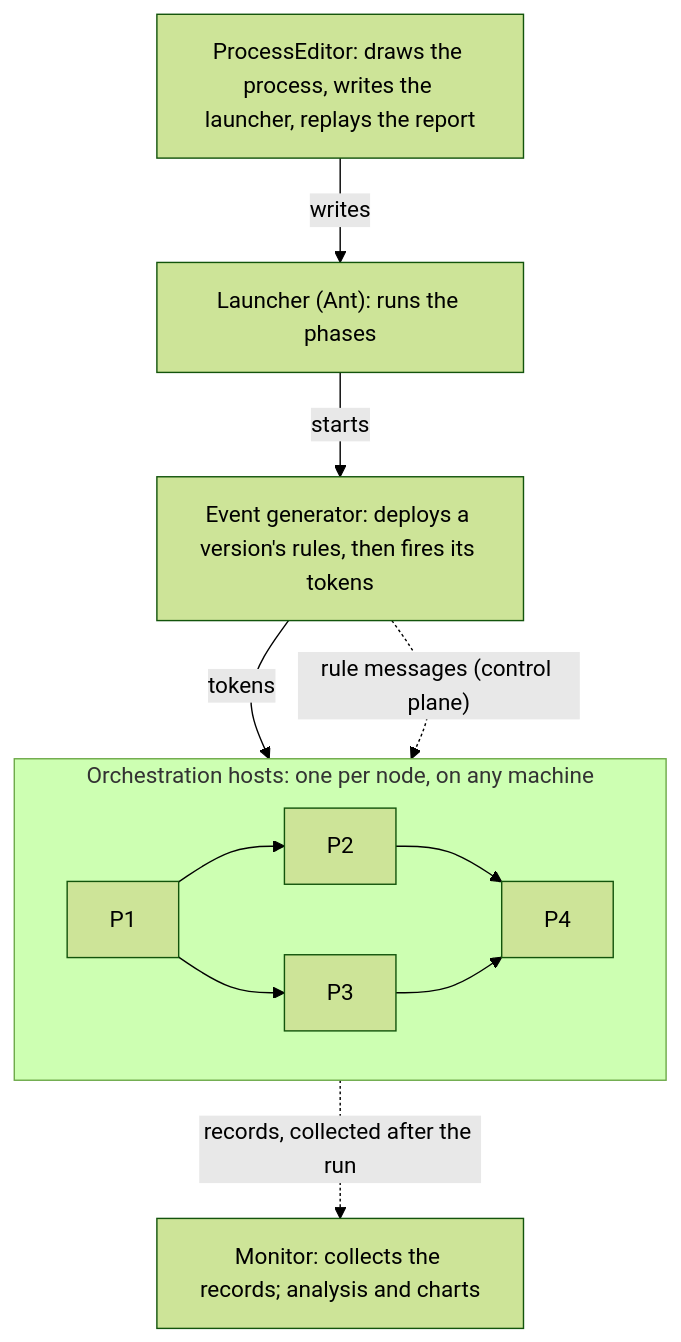
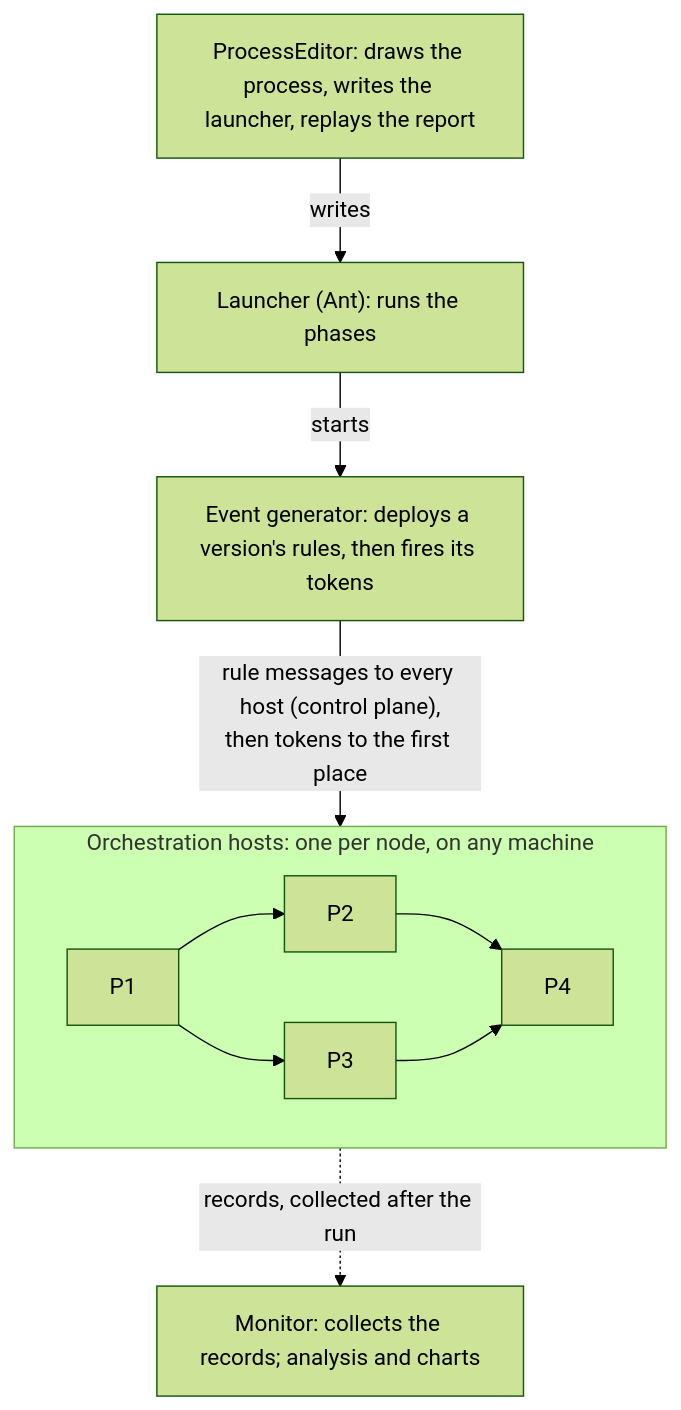
The first of 3 diagrams in Architecture.md (AlexanderAdelAU/Rule-Propagated-Service-Orchestration), drawn with Mermaid (forest theme) before and after one commit.

Commit message:
Architecture.md: no arrow across the hosts box's title
Claude-Session: https://claude.ai/code/session_01MVTiJmVTo6whUToqMfkWLi

````diff
--- a/Architecture.md
+++ b/Architecture.md
@@ -33,16 +33,15 @@
 ```mermaid
 flowchart TB
     ED["ProcessEditor: draws the process, writes the launcher, replays the report"]
     L["Launcher (Ant): runs the phases"]
     G["Event generator: deploys a version's rules, then fires its tokens"]
     subgraph Hosts["Orchestration hosts: one per node, on any machine"]
         direction LR
         P1["P1"] --> P2["P2"] & P3["P3"]
         P2 & P3 --> P4["P4"]
     end
     M["Monitor: collects the records; analysis and charts"]
     ED -- "writes" --> L -- "starts" --> G
-    G -. "rule messages (control plane)" .-> Hosts
-    G -- "tokens" --> P1
+    G -- "rule messages to every host (control plane),<br/>then tokens to the first place" --> Hosts
     Hosts -. "records, collected after the run" .-> M
 ```
````
